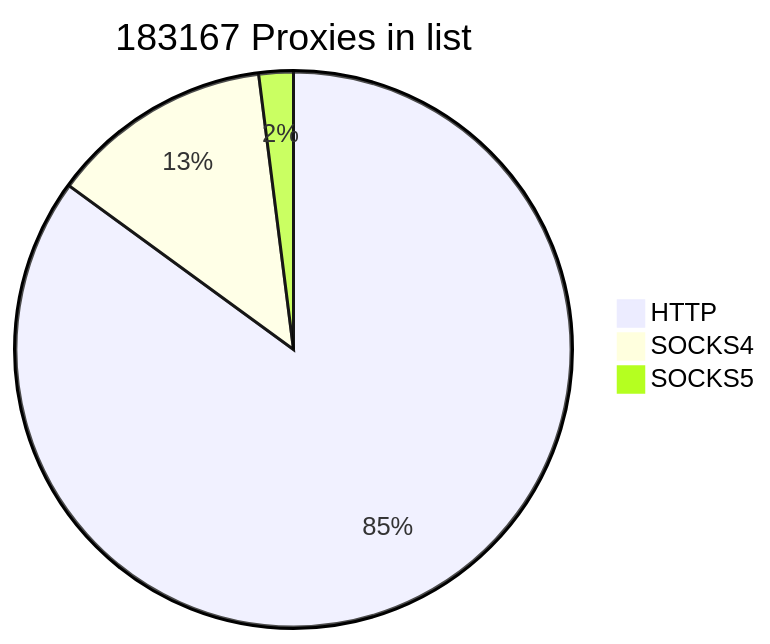
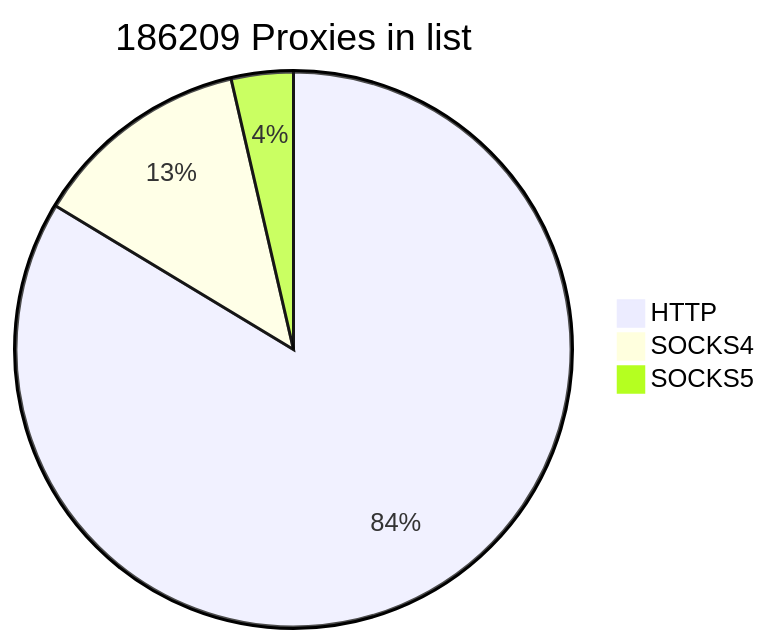
One commit to cutipu/proxylist changed the first of 2 diagrams in README.md. Above: the diagram before and after it, drawn with Mermaid. The commit also changed other lines of this file, not shown here.

````diff
--- a/README.md
+++ b/README.md
@@ -2,7 +2,7 @@
 ```mermaid
-pie title 183167 Proxies in list
+pie title 186209 Proxies in list
     "HTTP" : 155762
-    "SOCKS4" : 23731
-    "SOCKS5" : 3674
+    "SOCKS4" : 23730
+    "SOCKS5" : 6717
             
 ```
````
